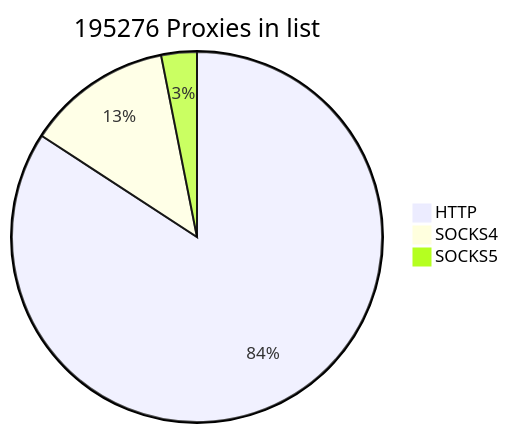
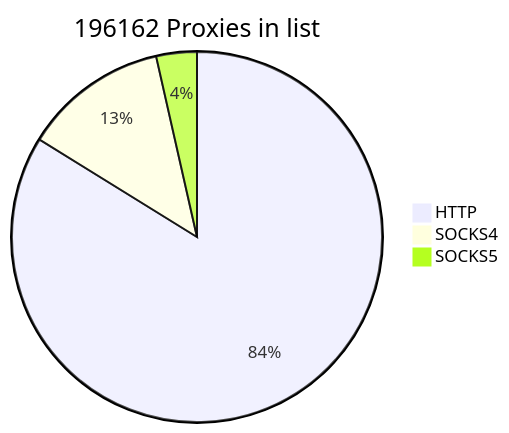
Before and after one commit to cutipu/proxylist: the first of 2 diagrams in README.md, drawn with Mermaid. The commit also changed other lines of this file, not shown here.

````diff
--- a/README.md
+++ b/README.md
@@ -2,7 +2,7 @@
 ```mermaid
-pie title 195276 Proxies in list
+pie title 196162 Proxies in list
     "HTTP" : 164409
     "SOCKS4" : 24801
-    "SOCKS5" : 6066
+    "SOCKS5" : 6952
             
 ```
````
